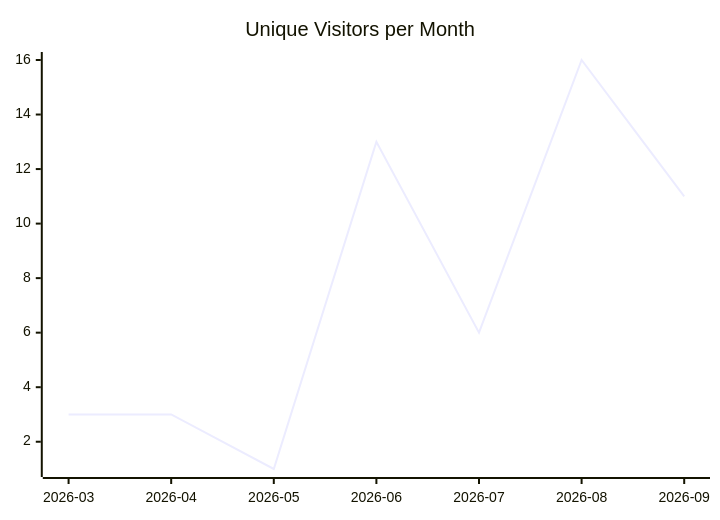
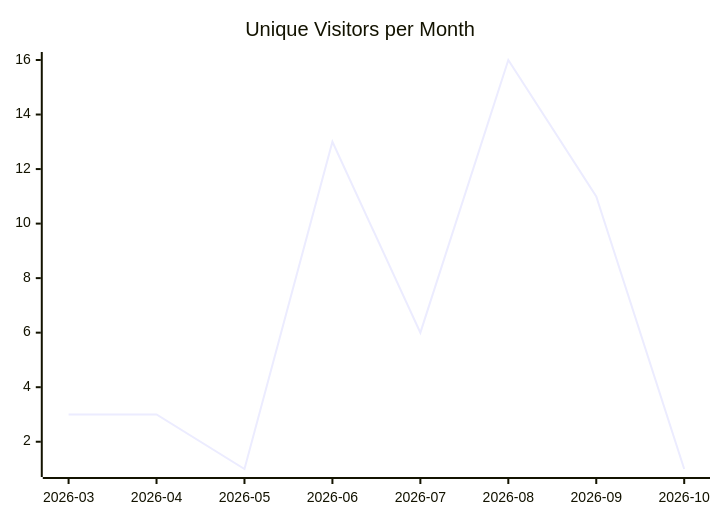
One commit to justdavis-family/github-analytics-data changed the first of 3 diagrams in karlmdavis/rps-tourney/README.md. Above: the diagram before and after it, drawn with Mermaid. The commit also changed other lines of this file and 202 other files, not shown here.

````diff
--- a/karlmdavis/rps-tourney/README.md
+++ b/karlmdavis/rps-tourney/README.md
@@ -5,6 +5,6 @@
 ```mermaid
 xychart-beta
   title "Unique Visitors per Month"
-  x-axis ["2026-03", "2026-04", "2026-05", "2026-06", "2026-07", "2026-08", "2026-09"]
-  line [3, 3, 1, 13, 6, 16, 11]
+  x-axis ["2026-03", "2026-04", "2026-05", "2026-06", "2026-07", "2026-08", "2026-09", "2026-10"]
+  line [3, 3, 1, 13, 6, 16, 11, 1]
 ```
````
